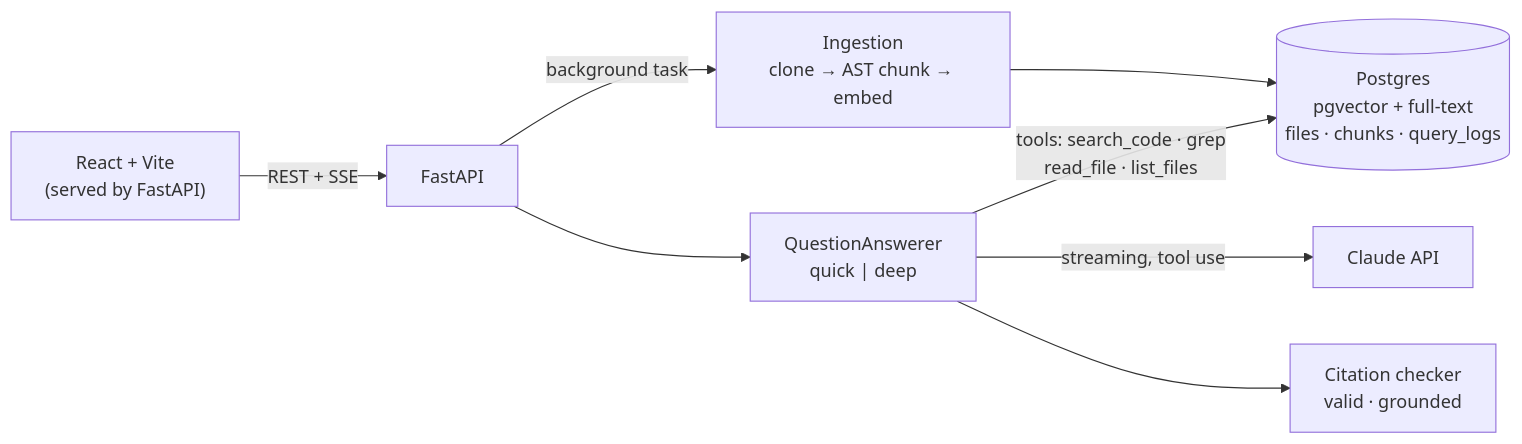
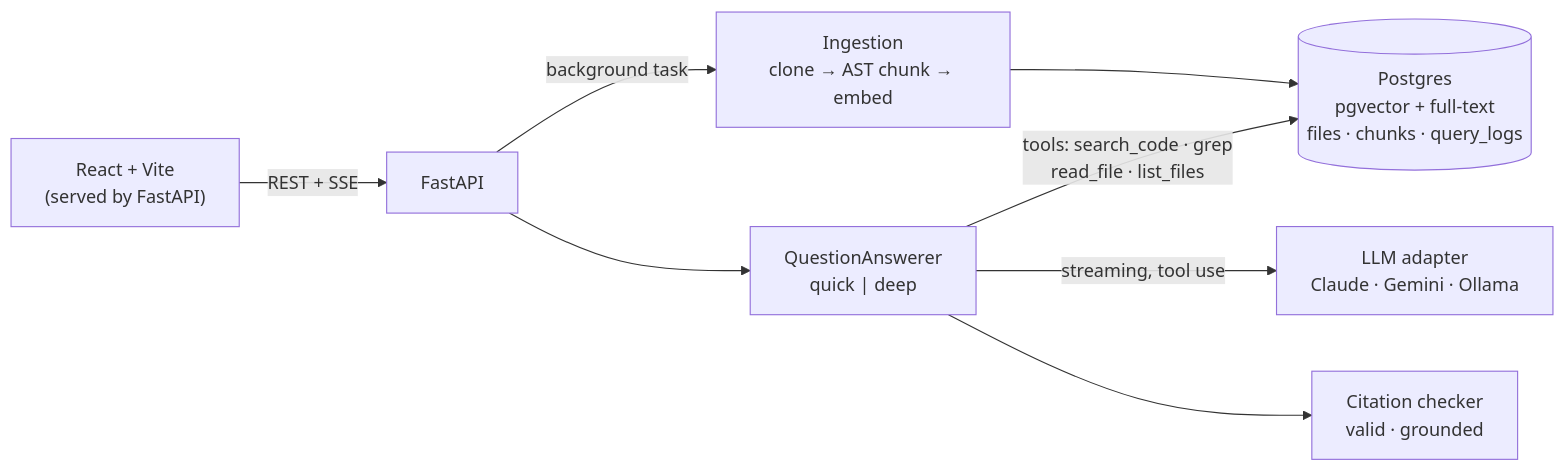
One commit to ranjith-s/ask-repo changed the diagram in README.md. Above: the diagram before and after it, drawn with Mermaid. The commit also changed other lines of this file, not shown here.

Commit message:
Document LLM providers, cost estimates and history caching

````diff
--- a/README.md
+++ b/README.md
@@ -49,10 +151,10 @@
 ```mermaid
 flowchart LR
     UI["React + Vite<br/>(served by FastAPI)"] -- "REST + SSE" --> API[FastAPI]
     API -- "background task" --> ING["Ingestion<br/>clone → AST chunk → embed"]
     ING --> PG[("Postgres<br/>pgvector + full-text<br/>files · chunks · query_logs")]
     API --> QA["QuestionAnswerer<br/>quick | deep"]
     QA -- "tools: search_code · grep<br/>read_file · list_files" --> PG
-    QA -- "streaming, tool use" --> LLM["Claude API"]
+    QA -- "streaming, tool use" --> LLM["LLM adapter<br/>Claude · Gemini · Ollama"]
     QA --> CIT["Citation checker<br/>valid · grounded"]
 ```
````
